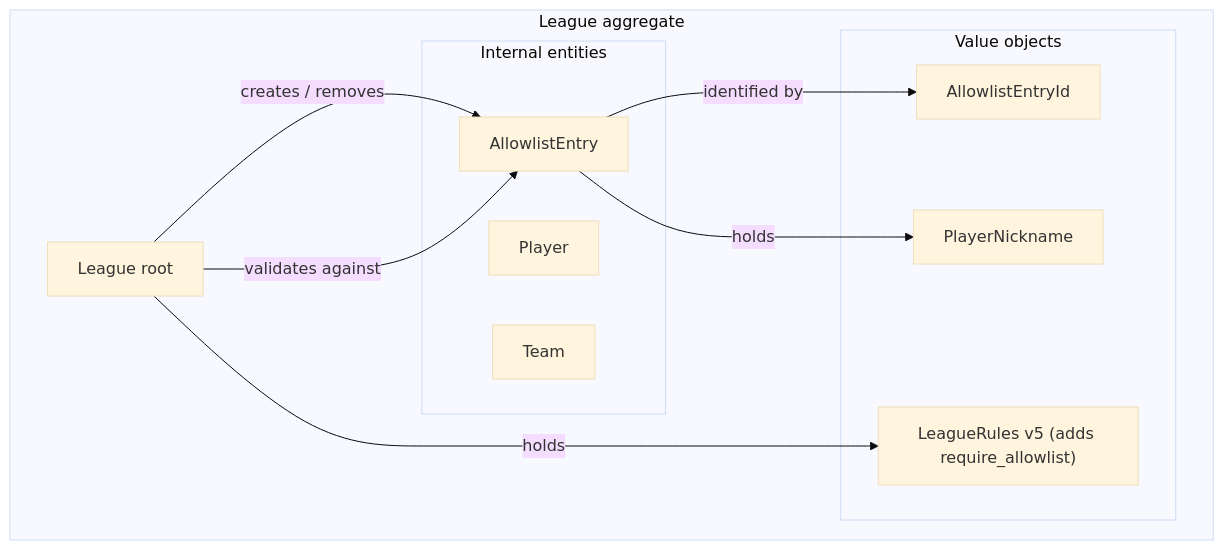
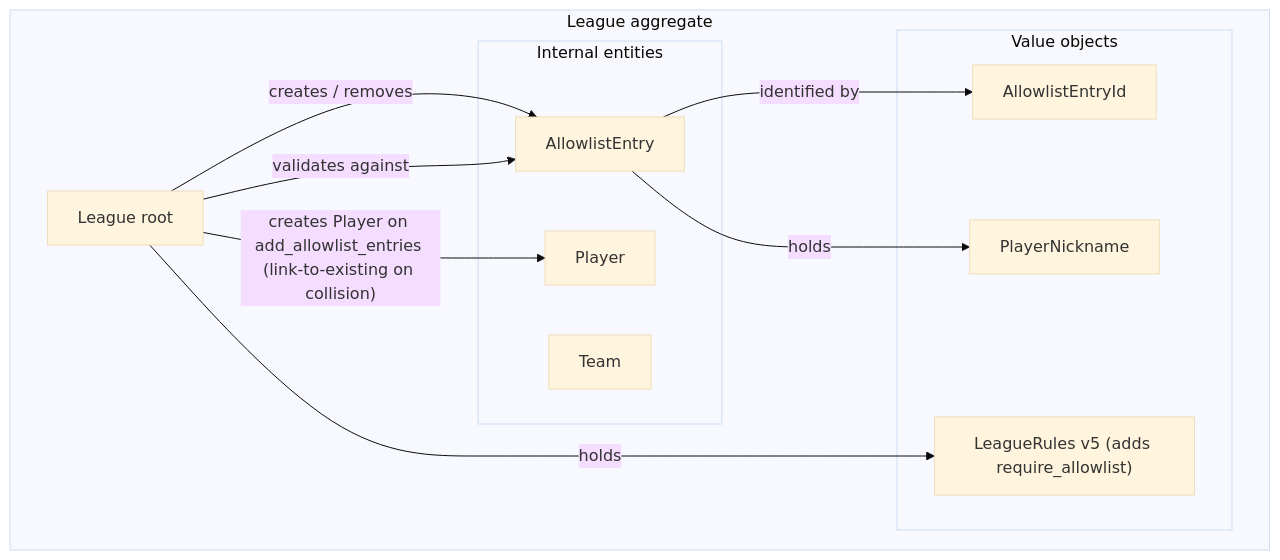
Before and after one commit to swjeong0825/TLMB_backend_main: the diagram in Design_Doc/TLMB_Design_doc/20_allowlist.md, drawn with Mermaid (base theme). The commit also changed other lines of this file and 12 other files, not shown here.

````diff
--- a/Design_Doc/TLMB_Design_doc/20_allowlist.md
+++ b/Design_Doc/TLMB_Design_doc/20_allowlist.md
@@ -54,21 +54,22 @@
 ```mermaid
 flowchart TD
     subgraph LEAGUE [League aggregate]
         ROOT[League root]
         subgraph ENT [Internal entities]
             PE[Player]
             TE[Team]
             AE[AllowlistEntry]
         end
         subgraph VOS [Value objects]
             AEI[AllowlistEntryId]
             PN[PlayerNickname]
             LR["LeagueRules v5 (adds require_allowlist)"]
         end
     end
     ROOT -->|"creates / removes"| AE
     ROOT -->|"validates against"| AE
+    ROOT -->|"creates Player on add_allowlist_entries (link-to-existing on collision)"| PE
     ROOT -->|"holds"| LR
     AE -->|"identified by"| AEI
     AE -->|"holds"| PN
 ```
````
